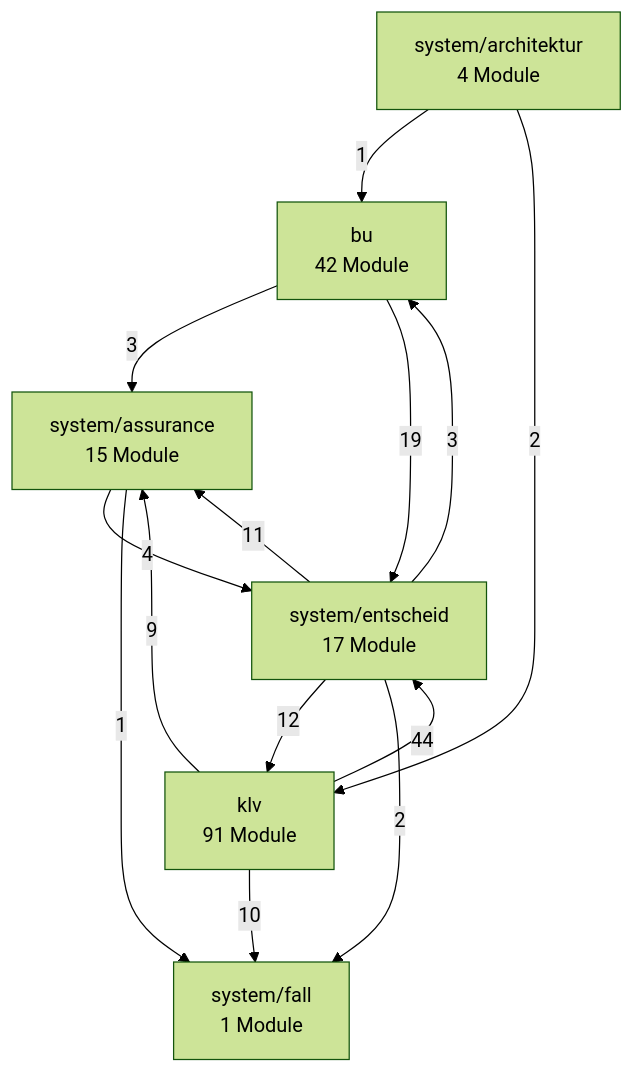
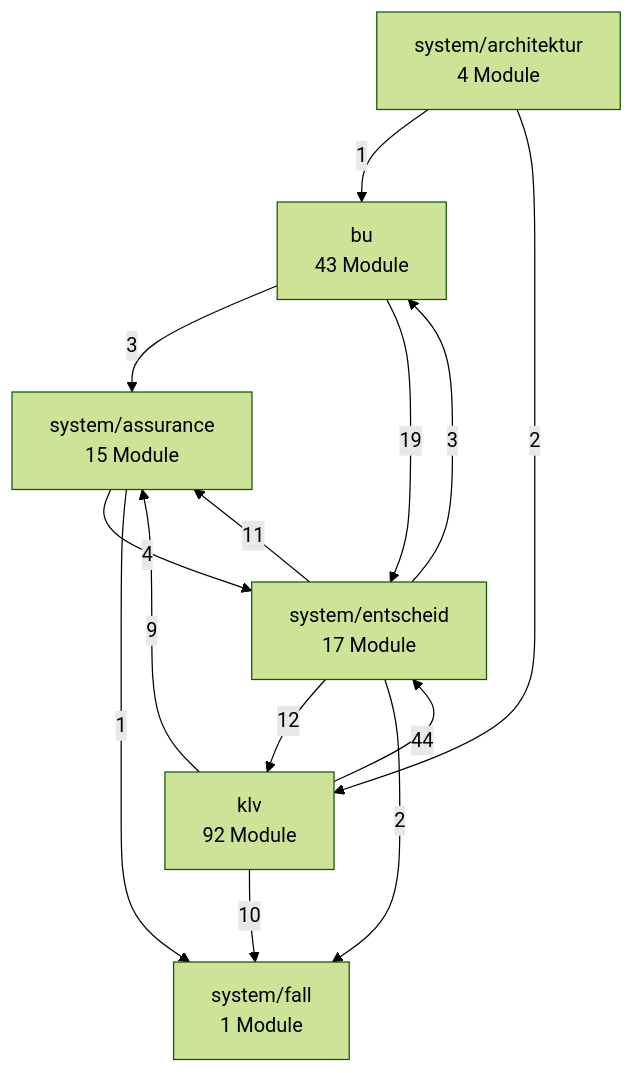
One commit to bartlmac/rechner-pipeline changed the second of 3 diagrams in docs/architektur/landkarte.md. Above: the diagram before and after it, drawn with Mermaid (forest theme). The commit also changed other lines of this file and 4 other files, not shown here.

````diff
--- a/docs/architektur/landkarte.md
+++ b/docs/architektur/landkarte.md
@@ -80,23 +80,23 @@
 ```mermaid
 %% Fachknoten — erzeugt von ontologie.landkarte
 flowchart TD
-    bu["bu<br/>42 Module"]
-    klv["klv<br/>91 Module"]
+    bu["bu<br/>43 Module"]
+    klv["klv<br/>92 Module"]
     system_architektur["system/architektur<br/>4 Module"]
     system_assurance["system/assurance<br/>15 Module"]
     system_entscheid["system/entscheid<br/>17 Module"]
     system_fall["system/fall<br/>1 Module"]
     bu -- 3 --> system_assurance
     bu -- 19 --> system_entscheid
     klv -- 9 --> system_assurance
     klv -- 44 --> system_entscheid
     klv -- 10 --> system_fall
     system_architektur -- 1 --> bu
     system_architektur -- 2 --> klv
     system_assurance -- 4 --> system_entscheid
     system_assurance -- 1 --> system_fall
     system_entscheid -- 3 --> bu
     system_entscheid -- 12 --> klv
     system_entscheid -- 11 --> system_assurance
     system_entscheid -- 2 --> system_fall
 ```
````
